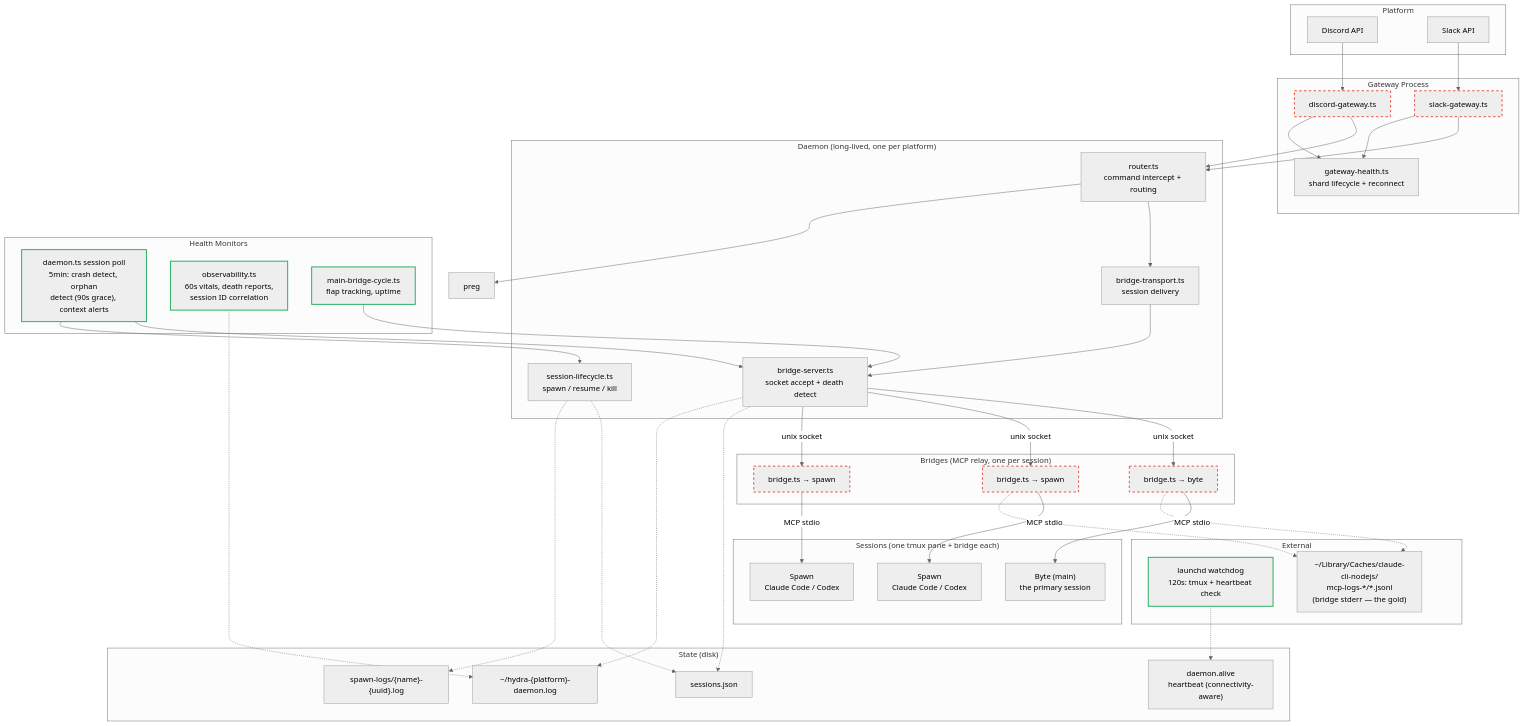
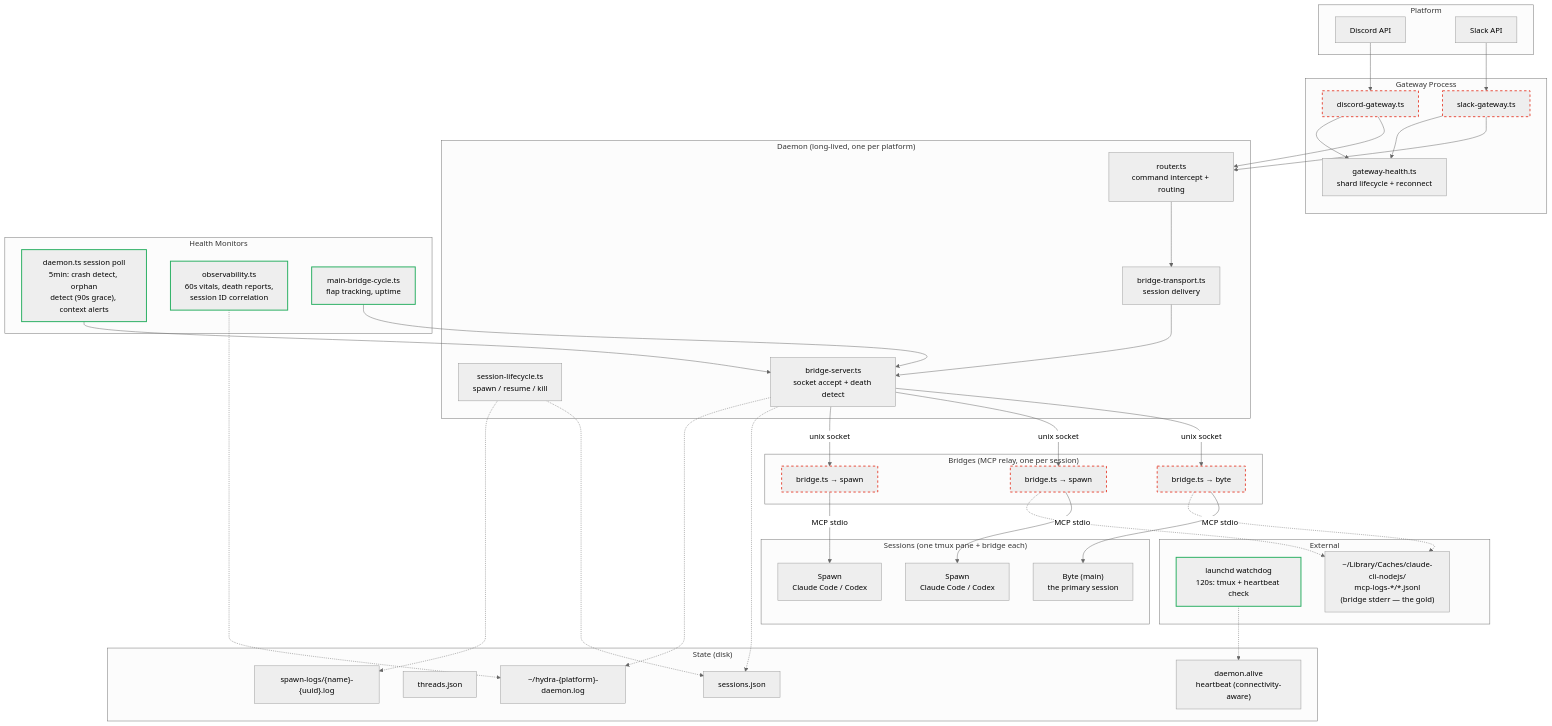
One commit to sf8193/hydra changed the diagram in diagrams/health-topology.mmd. Above: the diagram before and after it, drawn with Mermaid (neutral theme). The commit also changed 3 other files, not shown here.

First line of the commit message:
fix: address review — dangling preg, wrong poll edge, restore threads.json, cli_local edge

```diff
--- a/diagrams/health-topology.mmd
+++ b/diagrams/health-topology.mmd
@@ -1,89 +1,88 @@
 %% Hydra runtime health topology — what runs, how it connects, what monitors it.
 %% Use alongside /debug-hydra-issues for diagnostic orientation.
 
 flowchart TD
     subgraph platform["Platform"]
         discord["Discord API"]
         slack["Slack API"]
     end
 
     subgraph gateway["Gateway Process"]
         dg["discord-gateway.ts"]
         sg["slack-gateway.ts"]
         gwh["gateway-health.ts<br/>shard lifecycle + reconnect"]
     end
 
     subgraph daemon["Daemon (long-lived, one per platform)"]
         router["router.ts<br/>command intercept + routing"]
         transport["bridge-transport.ts<br/>session delivery"]
         lifecycle["session-lifecycle.ts<br/>spawn / resume / kill"]
         server["bridge-server.ts<br/>socket accept + death detect"]
     end
 
     subgraph health["Health Monitors"]
         poll["daemon.ts session poll<br/>5min: crash detect, orphan<br/>detect (90s grace), context alerts"]
         obs["observability.ts<br/>60s vitals, death reports,<br/>session ID correlation"]
         mbc["main-bridge-cycle.ts<br/>flap tracking, uptime"]
     end
 
     subgraph sessions["Sessions (one tmux pane + bridge each)"]
         byte["Byte (main)<br/>the primary session"]
         spawn1["Spawn<br/>Claude Code / Codex"]
         spawn2["Spawn<br/>Claude Code / Codex"]
     end
 
     subgraph bridges["Bridges (MCP relay, one per session)"]
         b0["bridge.ts → byte"]
         b1["bridge.ts → spawn"]
         b2["bridge.ts → spawn"]
     end
 
     subgraph state["State (disk)"]
         sj["sessions.json"]
+        tj["threads.json"]
         logs["spawn-logs/{name}-{uuid}.log"]
         dlog["~/hydra-{platform}-daemon.log"]
         alive["daemon.alive<br/>heartbeat (connectivity-aware)"]
     end
 
     subgraph external["External"]
         watchdog["launchd watchdog<br/>120s: tmux + heartbeat check"]
         mcp_logs["~/Library/Caches/claude-cli-nodejs/<br/>mcp-logs-*/*.jsonl<br/>(bridge stderr — the gold)"]
     end
 
     discord --> dg
     slack --> sg
     dg --> router
     sg --> router
     dg --> gwh
     sg --> gwh
 
     router --> transport
-    router --> preg
     transport --> server
 
     server -- "unix socket" --> b0
     server -- "unix socket" --> b1
     server -- "unix socket" --> b2
 
     b0 -- "MCP stdio" --> byte
     b1 -- "MCP stdio" --> spawn1
     b2 -- "MCP stdio" --> spawn2
 
     poll --> server
-    poll --> lifecycle
     obs -.-> dlog
     mbc --> server
     watchdog -.-> alive
 
     lifecycle -.-> sj
     lifecycle -.-> logs
     server -.-> sj
     server -.-> dlog
     b0 -.-> mcp_logs
     b1 -.-> mcp_logs
 
     classDef fail stroke:#e74c3c,stroke-width:2px,stroke-dasharray:5 5
     classDef health stroke:#27ae60,stroke-width:2px
 
     class poll,obs,mbc,watchdog health
     class dg,sg,b0,b1,b2 fail
```
